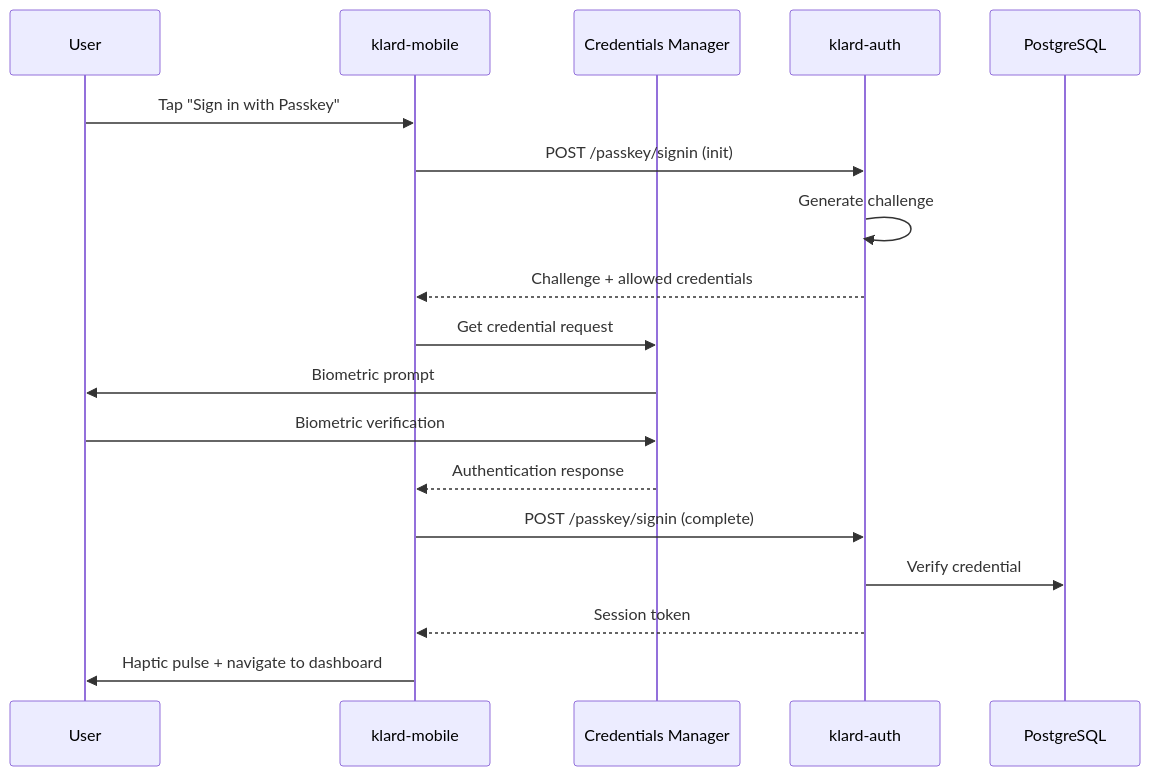
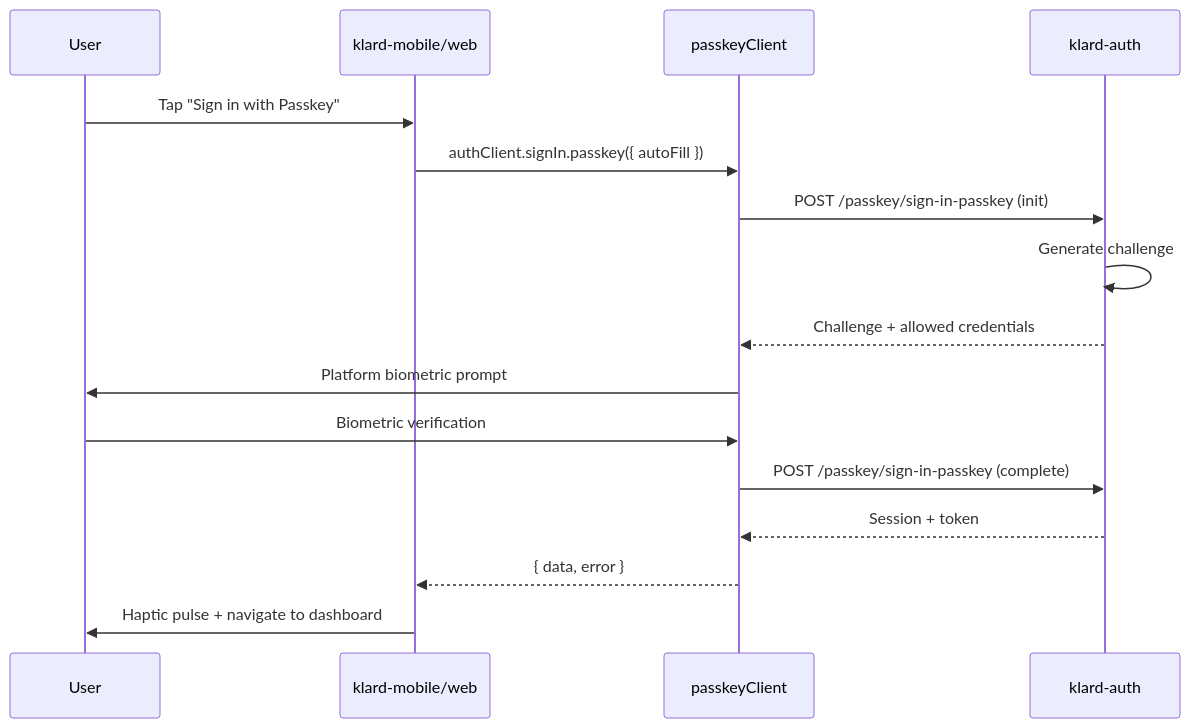
Before and after one commit to drcraig20/klard-apps: the third of 3 diagrams in docs/agile/prds/2025-12-16-passkey-auth-prd.md, drawn with Mermaid. The commit also changed other lines of this file and 7 other files, not shown here.

First line of the commit message:
refactor(agile): rename feature to passkey-auth with web+mobile scope

````diff
--- a/docs/agile/prds/2025-12-16-passkey-auth-prd.md
+++ b/docs/agile/prds/2025-12-16-passkey-auth-prd.md
@@ -190,21 +217,19 @@
 ```mermaid
 sequenceDiagram
     participant U as User
-    participant M as klard-mobile
-    participant CM as Credentials Manager
+    participant App as klard-mobile/web
+    participant PC as passkeyClient
     participant A as klard-auth
-    participant DB as PostgreSQL
 
-    U->>M: Tap "Sign in with Passkey"
-    M->>A: POST /passkey/signin (init)
+    U->>App: Tap "Sign in with Passkey"
+    App->>PC: authClient.signIn.passkey({ autoFill })
+    PC->>A: POST /passkey/sign-in-passkey (init)
     A->>A: Generate challenge
-    A-->>M: Challenge + allowed credentials
-    M->>CM: Get credential request
-    CM->>U: Biometric prompt
-    U->>CM: Biometric verification
-    CM-->>M: Authentication response
-    M->>A: POST /passkey/signin (complete)
-    A->>DB: Verify credential
-    A-->>M: Session token
-    M->>U: Haptic pulse + navigate to dashboard
+    A-->>PC: Challenge + allowed credentials
+    PC->>U: Platform biometric prompt
+    U->>PC: Biometric verification
+    PC->>A: POST /passkey/sign-in-passkey (complete)
+    A-->>PC: Session + token
+    PC-->>App: { data, error }
+    App->>U: Haptic pulse + navigate to dashboard
 ```
````
